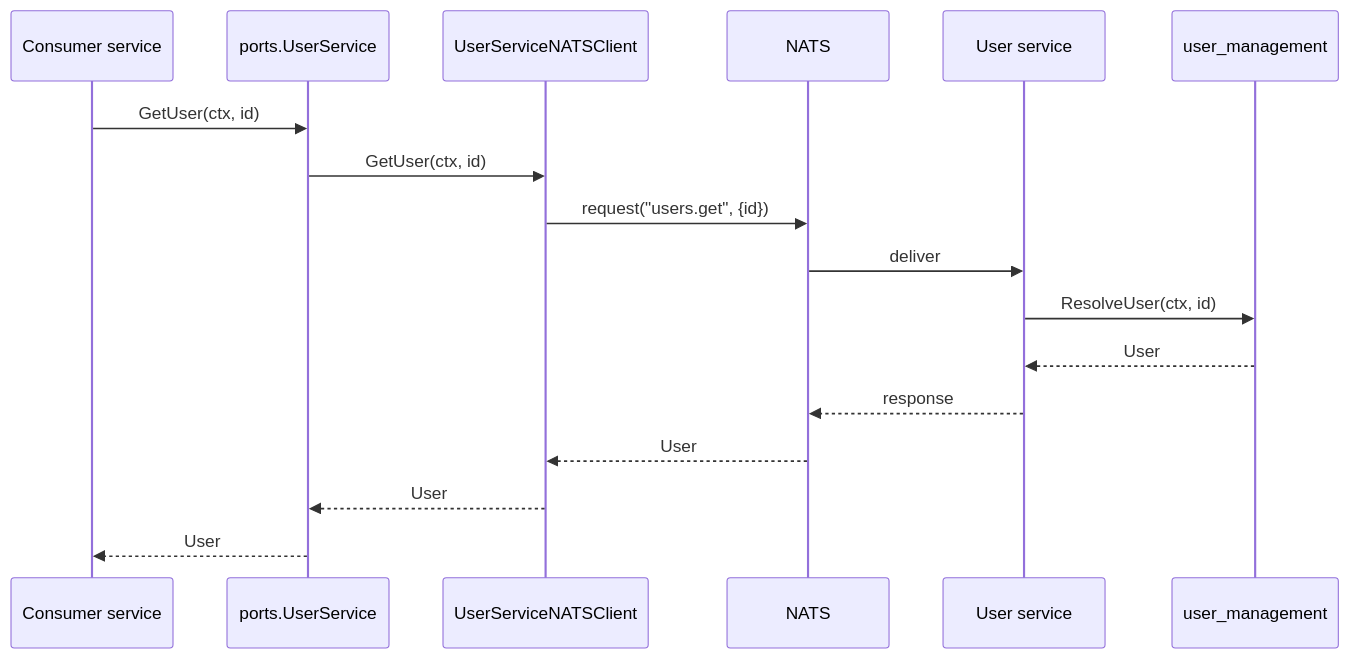
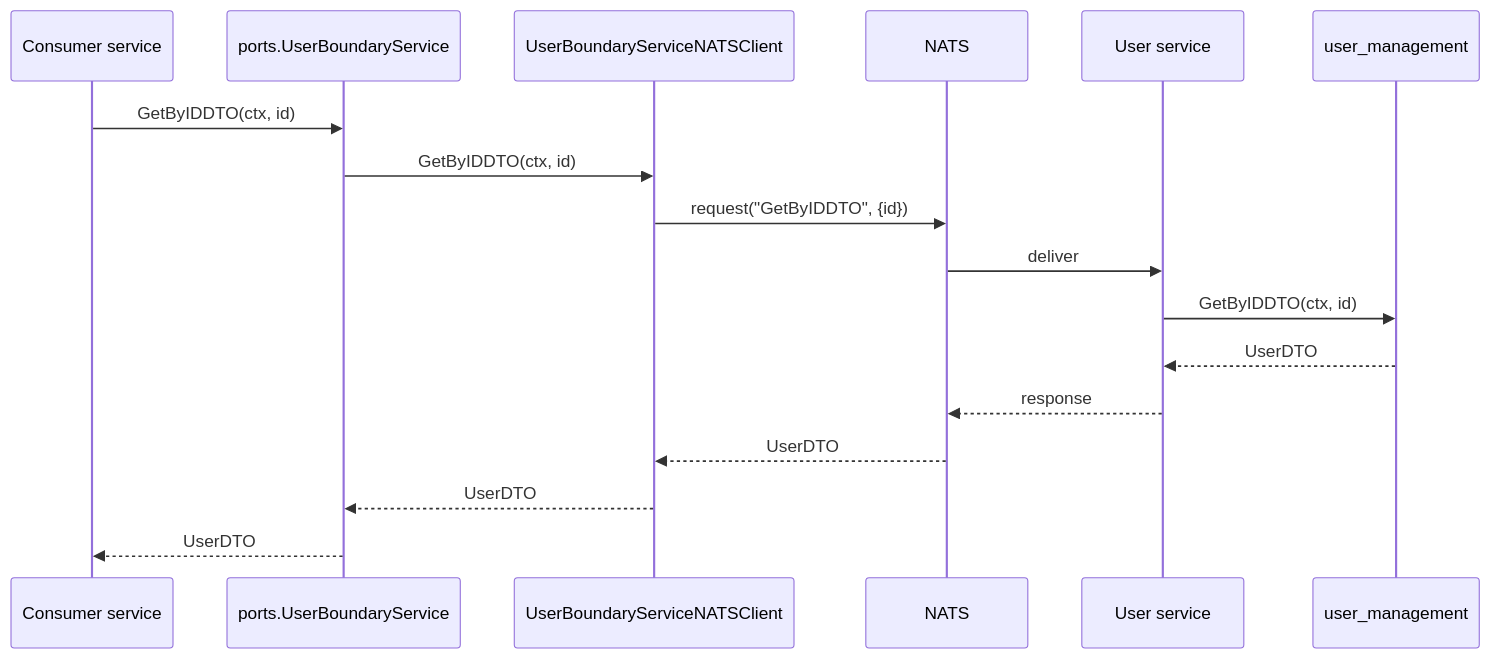
One commit to septagon-oss/pk-docs changed the fifth of 8 diagrams in architecture/06-runtime-view.md. Above: the diagram before and after it, drawn with Mermaid. The commit also changed other lines of this file and 110 other files, not shown here.

````diff
--- a/architecture/06-runtime-view.md
+++ b/architecture/06-runtime-view.md
@@ -171,20 +171,20 @@
 ```mermaid
 sequenceDiagram
     participant Consumer as Consumer service
-    participant Port as ports.UserService
-    participant Proxy as UserServiceNATSClient
+    participant Port as ports.UserBoundaryService
+    participant Proxy as UserBoundaryServiceNATSClient
     participant NATS
     participant Server as User service
     participant Provider as user_management
 
-    Consumer->>Port: GetUser(ctx, id)
-    Port->>Proxy: GetUser(ctx, id)
-    Proxy->>NATS: request("users.get", {id})
+    Consumer->>Port: GetByIDDTO(ctx, id)
+    Port->>Proxy: GetByIDDTO(ctx, id)
+    Proxy->>NATS: request("GetByIDDTO", {id})
     NATS->>Server: deliver
-    Server->>Provider: ResolveUser(ctx, id)
-    Provider-->>Server: User
+    Server->>Provider: GetByIDDTO(ctx, id)
+    Provider-->>Server: UserDTO
     Server-->>NATS: response
-    NATS-->>Proxy: User
-    Proxy-->>Port: User
-    Port-->>Consumer: User
+    NATS-->>Proxy: UserDTO
+    Proxy-->>Port: UserDTO
+    Port-->>Consumer: UserDTO
 ```
````
